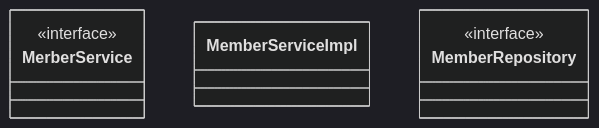
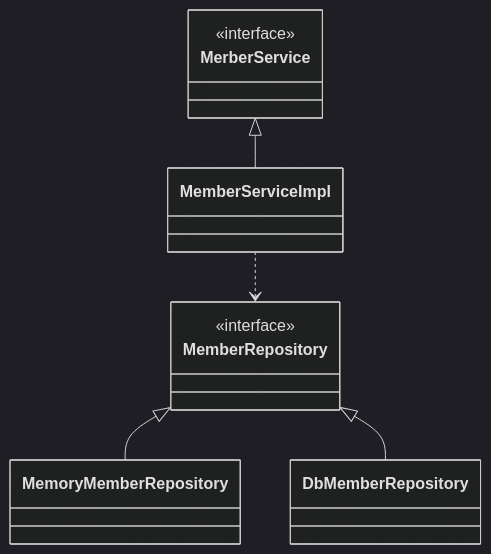
Before and after one commit to seo92js/diagramtest: the diagram in README.md, drawn with Mermaid (dark theme). The commit also changed other lines of this file, not shown here.

````diff
--- a/README.md
+++ b/README.md
@@ -18,6 +3,13 @@
 ```mermaid
 classDiagram
 class MerberService {<<interface>>}
 class MemberServiceImpl
 class MemberRepository {<<interface>>}
+class MemoryMemberRepository
+class DbMemberRepository
+
+MemberServiceImpl..>MemberRepository
+MerberService <|--MemberServiceImpl
+MemberRepository <|--MemoryMemberRepository
+MemberRepository <|--DbMemberRepository
 ```
````
